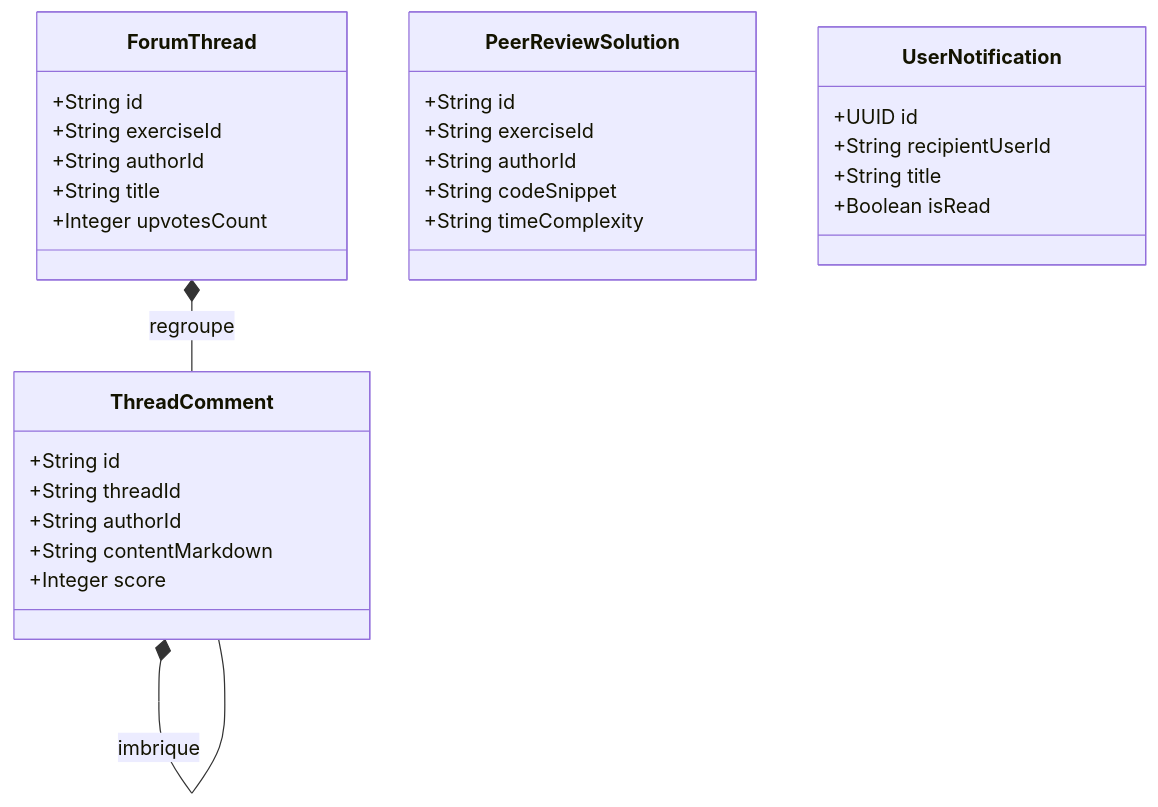
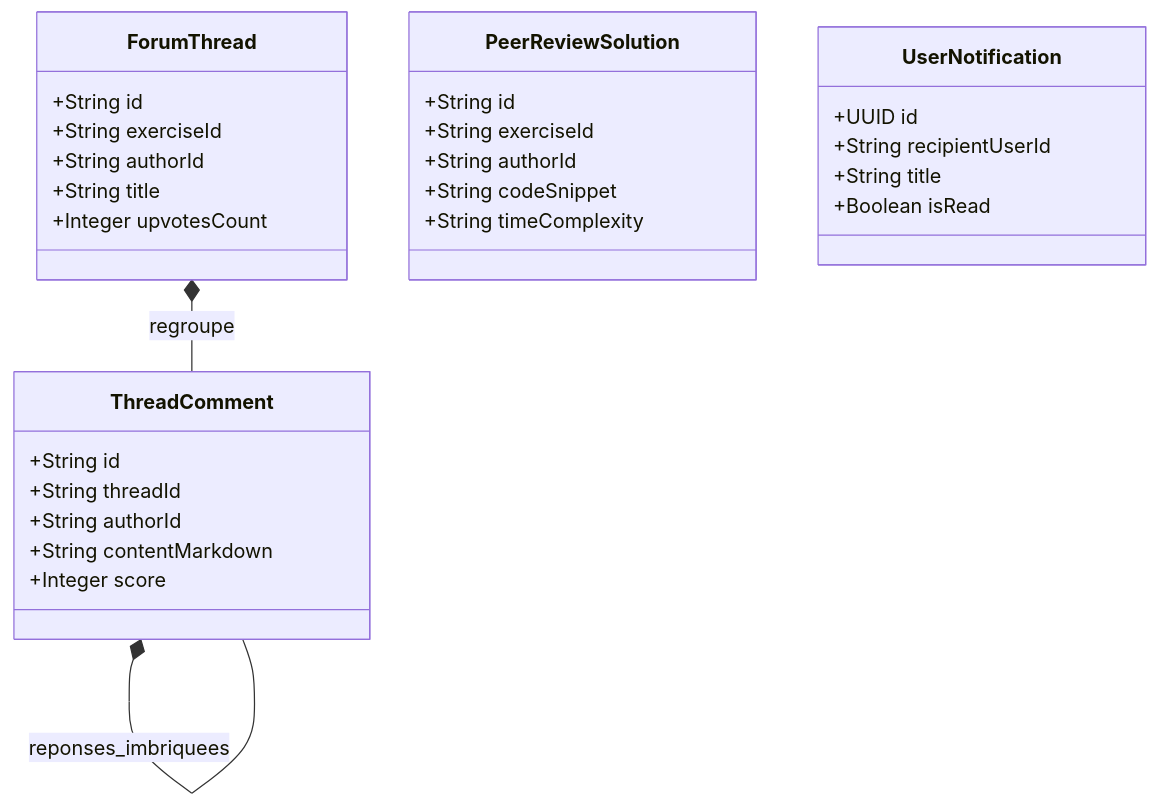
Before and after one commit to Architecture-web/projet: the eighth of 8 diagrams in Documentation/Presentation/Presentation_Seance4.md, drawn with Mermaid. The commit also changed other lines of this file and 2 other files, not shown here.

````diff
--- a/Documentation/Presentation/Presentation_Seance4.md
+++ b/Documentation/Presentation/Presentation_Seance4.md
@@ -581,32 +479,32 @@
 ```mermaid
 classDiagram
     class ForumThread {
         +String id
         +String exerciseId
         +String authorId
         +String title
         +Integer upvotesCount
     }
     class ThreadComment {
         +String id
         +String threadId
         +String authorId
         +String contentMarkdown
         +Integer score
     }
     class PeerReviewSolution {
         +String id
         +String exerciseId
         +String authorId
         +String codeSnippet
         +String timeComplexity
     }
     class UserNotification {
         +UUID id
         +String recipientUserId
         +String title
         +Boolean isRead
     }
     ForumThread *-- ThreadComment : regroupe
-    ThreadComment *-- ThreadComment : imbrique
+    ThreadComment *-- ThreadComment : reponses_imbriquees
 ```
````
